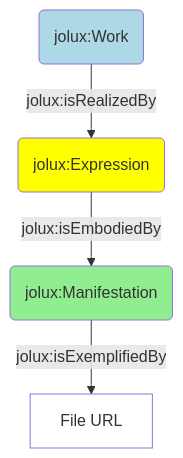
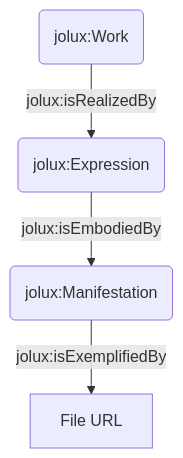
One commit to bequrios/jolux-sphinx changed the diagram in doc/3_tutorial.md. Above: the diagram before and after it, drawn with Mermaid. The commit also changed other lines of this file and 1 other file, not shown here.

Commit message:
change mermaid theme

````diff
--- a/doc/3_tutorial.md
+++ b/doc/3_tutorial.md
@@ -79,10 +79,11 @@
 ```mermaid
 flowchart TD
-    A(jolux:Work) -->|jolux:isRealizedBy| B(jolux:Expression)
-    B --> |jolux:isEmbodiedBy| C(jolux:Manifestation)
-    C --> |jolux:isExemplifiedBy| D[File URL]
-    style A fill:lightblue
-    style B fill:yellow
-    style C fill:lightgreen
-    style D fill:white
+    Work(jolux:Work)
+    Expression(jolux:Expression)
+    Manifestation(jolux:Manifestation)
+    Work-->|jolux:isRealizedBy| Expression
+    Expression --> |jolux:isEmbodiedBy| Manifestation
+    Manifestation --> |jolux:isExemplifiedBy| File[File URL]
+
+    linkStyle default stroke-width:1;
 ```
````
